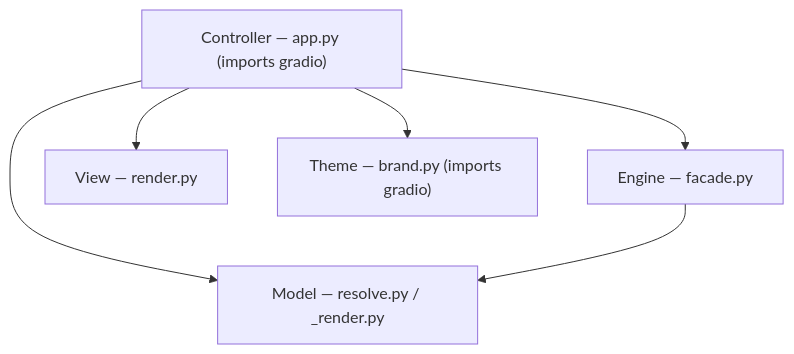
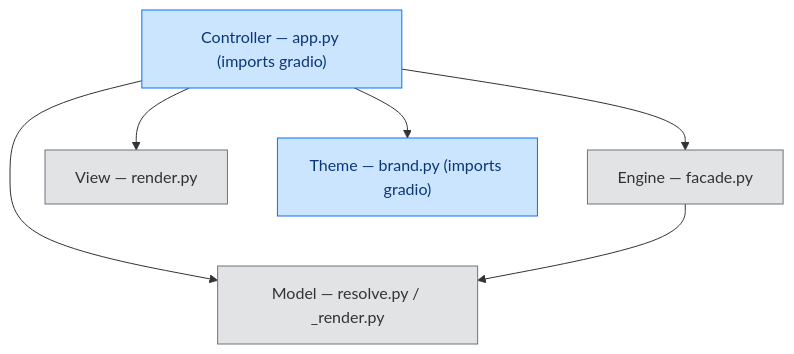
The second of 2 diagrams in README.md (paul007ex/breachsafe-ux), drawn with Mermaid before and after one commit. The commit also changed other lines of this file and 10 other files, not shown here.

First line of the commit message:
docs: add semantic colour to the Mermaid diagrams (#156)

````diff
--- a/README.md
+++ b/README.md
@@ -40,9 +52,17 @@
 ```mermaid
 flowchart TD
     controller["Controller — app.py (imports gradio)"]
     controller --> engine["Engine — facade.py"]
     controller --> view["View — render.py"]
     controller --> model["Model — resolve.py / _render.py"]
     controller --> theme["Theme — brand.py (imports gradio)"]
     engine --> model
+    classDef valid       fill:#d4edda,stroke:#28a745,color:#155724;
+    classDef invalid     fill:#f8d7da,stroke:#dc3545,color:#721c24;
+    classDef unavailable fill:#fff3cd,stroke:#fd7e14,color:#7a4a00;
+    classDef process     fill:#cce5ff,stroke:#0d6efd,color:#0a3678;
+    classDef artifact    fill:#e2e3e5,stroke:#6c757d,color:#2f3336;
+    classDef external    fill:#e7d6ff,stroke:#6f42c1,color:#3d1a78;
+    class controller,theme process;
+    class engine,view,model artifact;
 ```
````
